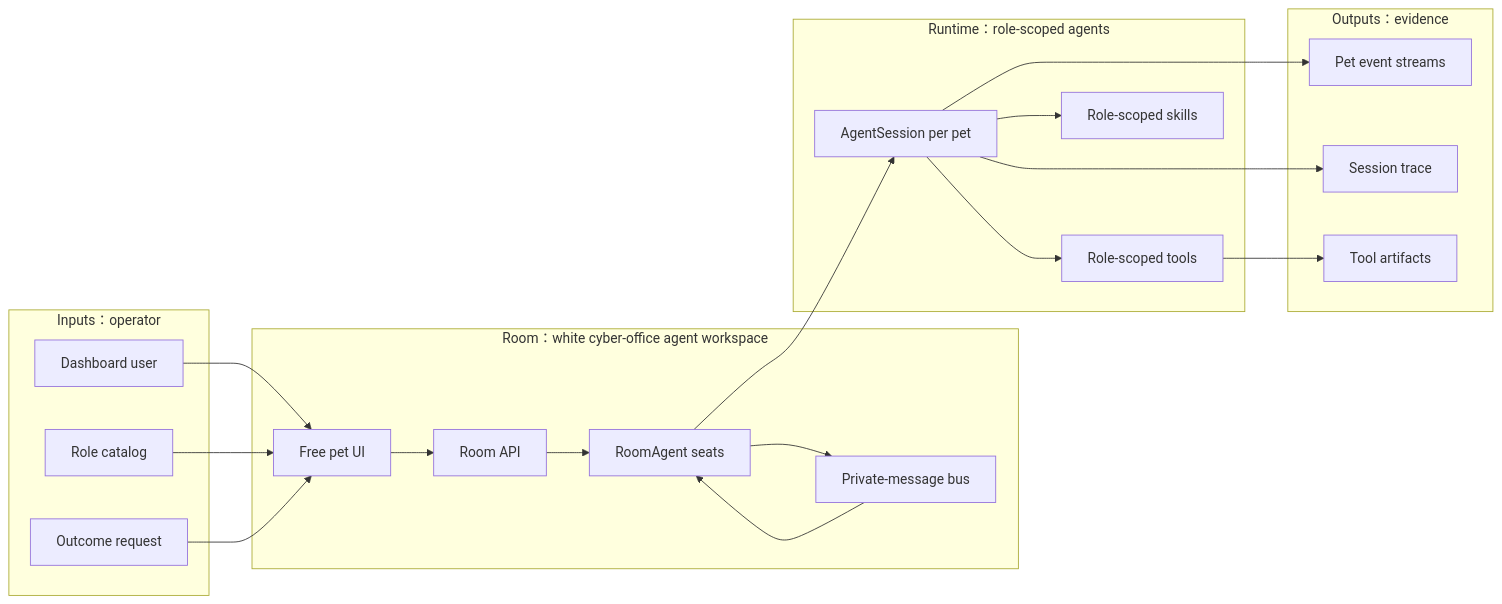
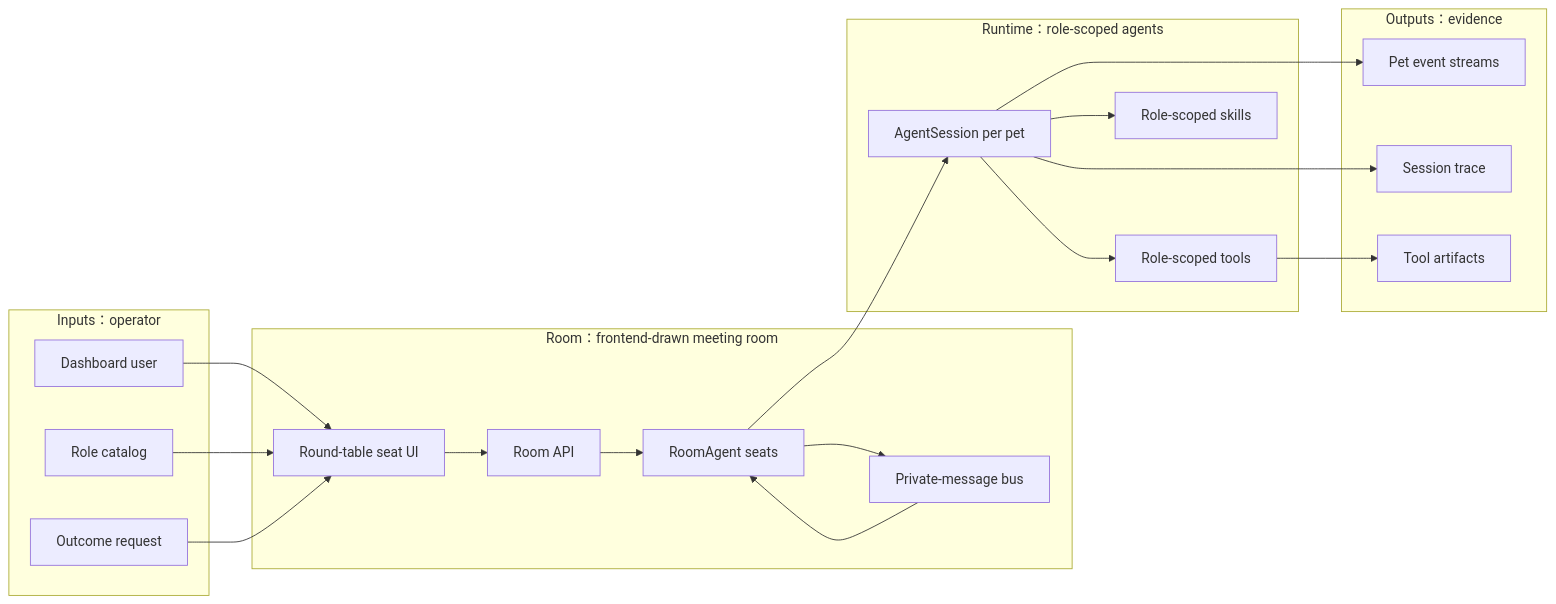
One commit to fightheyyy/XiaoBa-CLI changed the diagram in dashboard/SPEC.md. Above: the diagram before and after it, drawn with Mermaid. The commit also changed other lines of this file and 3 other files, not shown here.

````diff
--- a/dashboard/SPEC.md
+++ b/dashboard/SPEC.md
@@ -27,41 +27,41 @@
 ```mermaid
 flowchart LR
     subgraph Inputs["Inputs：operator"]
         Human["Dashboard user"]
         Roles["Role catalog"]
         Mission["Outcome request"]
     end
 
-    subgraph Room["Room：white cyber-office agent workspace"]
-        UI["Free pet UI"]
+    subgraph Room["Room：frontend-drawn meeting room"]
+        UI["Round-table seat UI"]
         API["Room API"]
         Seats["RoomAgent seats"]
         PM["Private-message bus"]
     end
 
     subgraph Runtime["Runtime：role-scoped agents"]
         Sessions["AgentSession per pet"]
         Tools["Role-scoped tools"]
         Skills["Role-scoped skills"]
     end
 
     subgraph Outputs["Outputs：evidence"]
         SSE["Pet event streams"]
         Trace["Session trace"]
         Artifacts["Tool artifacts"]
     end
 
     Human --> UI
     Roles --> UI
     Mission --> UI
     UI --> API
     API --> Seats
     Seats --> PM
     PM --> Seats
     Seats --> Sessions
     Sessions --> Tools
     Sessions --> Skills
     Sessions --> SSE
     Tools --> Artifacts
     Sessions --> Trace
 ```
````
